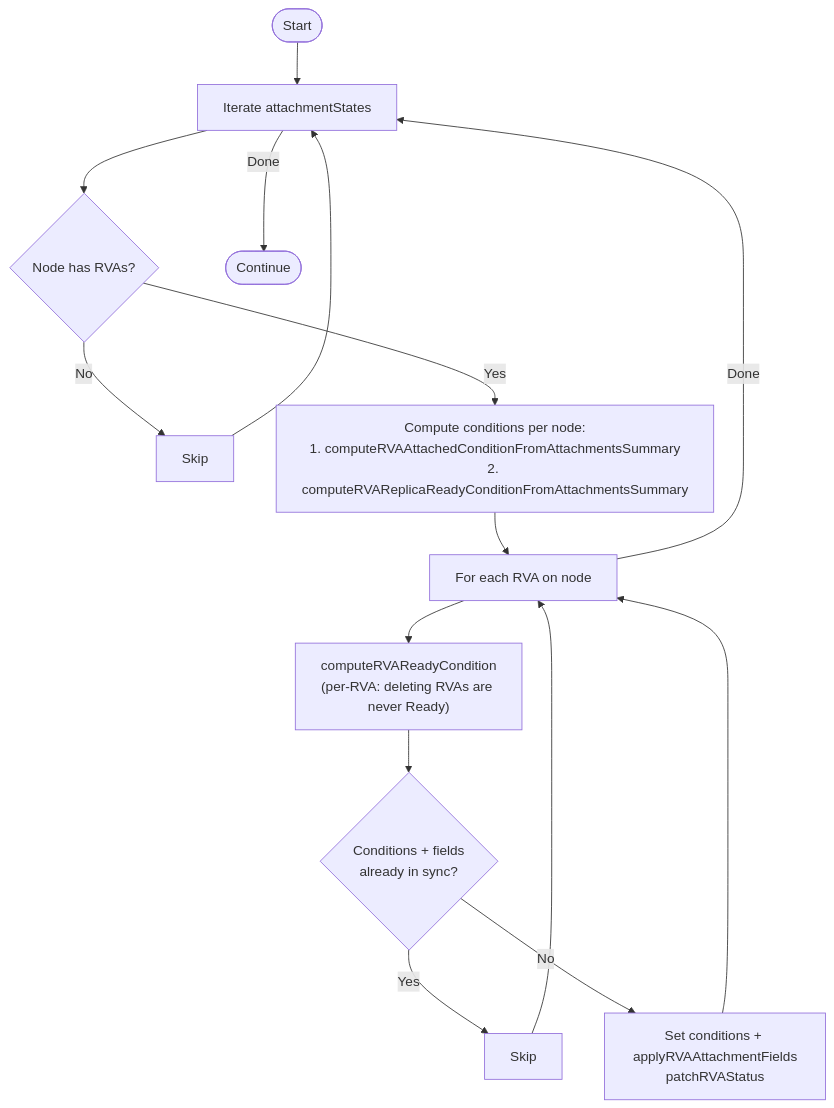
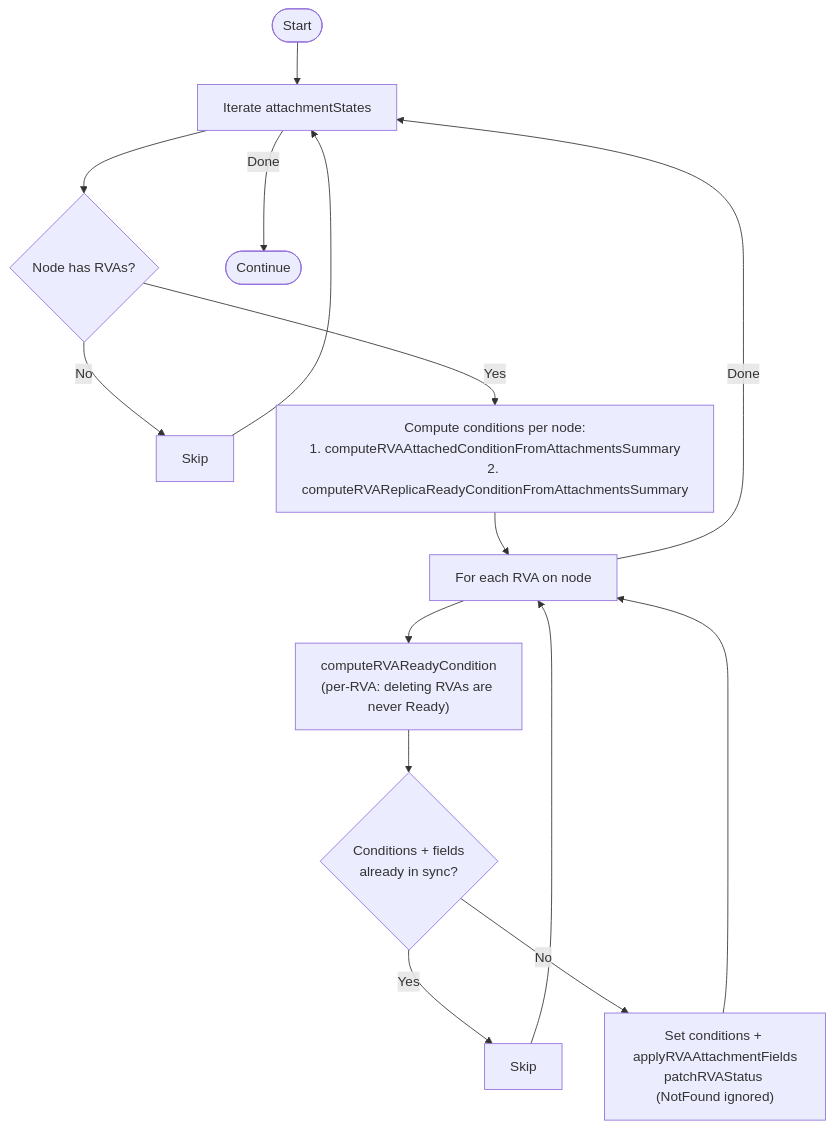
The eighth of 13 diagrams in images/controller/internal/controllers/rv_controller/README.md (deckhouse/sds-replicated-volume), drawn with Mermaid before and after one commit. The commit also changed 2 other files, not shown here.

Commit message:
[controller] Ignore NotFound in patchRVAStatus
When an RVA is deleted between the cache read and the status patch,
patchRVAStatus returned a NotFound error causing reconciler failures.
Wrap the patch call with client.IgnoreNotFound to silently skip
already-deleted RVAs.

````diff
--- a/images/controller/internal/controllers/rv_controller/README.md
+++ b/images/controller/internal/controllers/rv_controller/README.md
@@ -655,17 +655,17 @@
 ```mermaid
 flowchart TD
     Start([Start]) --> IterStates["Iterate attachmentStates"]
     IterStates --> CheckRVAs{"Node has RVAs?"}
     CheckRVAs -->|No| SkipNode[Skip]
     CheckRVAs -->|Yes| ComputeConds["Compute conditions per node:<br/>1. computeRVAAttachedConditionFromAttachmentsSummary<br/>2. computeRVAReplicaReadyConditionFromAttachmentsSummary"]
     ComputeConds --> IterRVAs["For each RVA on node"]
     IterRVAs --> ComputeReady["computeRVAReadyCondition<br/>(per-RVA: deleting RVAs are never Ready)"]
     ComputeReady --> CheckSync{"Conditions + fields<br/>already in sync?"}
     CheckSync -->|Yes| SkipRVA[Skip]
-    CheckSync -->|No| Patch["Set conditions + applyRVAAttachmentFields<br/>patchRVAStatus"]
+    CheckSync -->|No| Patch["Set conditions + applyRVAAttachmentFields<br/>patchRVAStatus (NotFound ignored)"]
     SkipRVA --> IterRVAs
     Patch --> IterRVAs
     IterRVAs -->|Done| IterStates
     SkipNode --> IterStates
     IterStates -->|Done| End([Continue])
 ```
````
